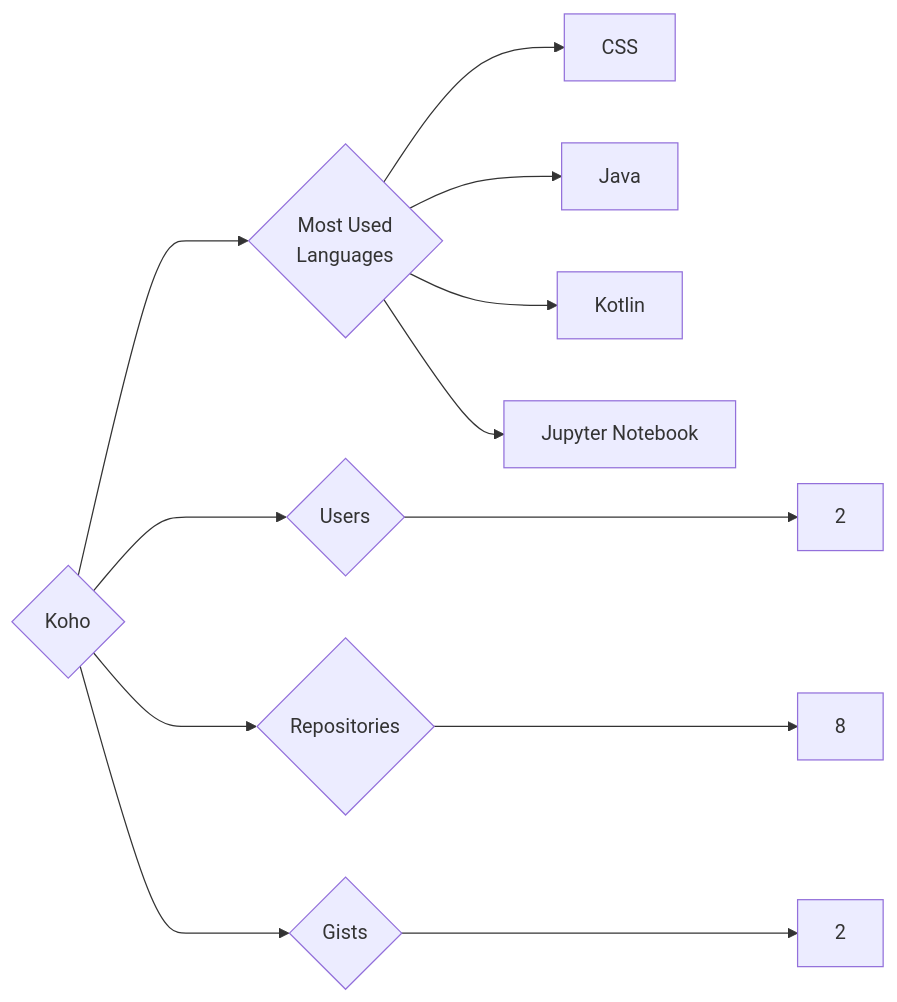
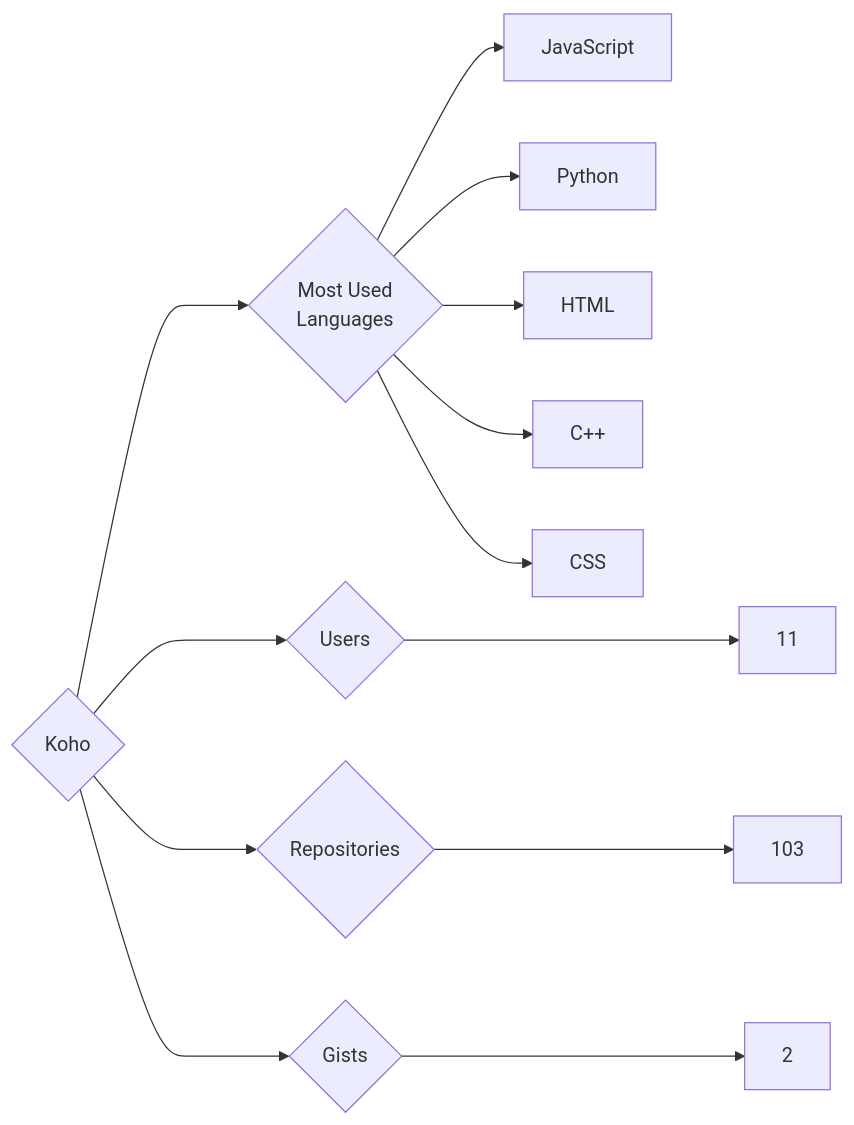
The diagram in targets/Koho/README.md (trickest/insiders), drawn with Mermaid before and after one commit. The commit also changed 965 other files, not shown here.

````diff
--- a/targets/Koho/README.md
+++ b/targets/Koho/README.md
@@ -3,12 +3,13 @@
 ```mermaid
 graph LR
 COMPANY_NAME{Koho}
-COMPANY_NAME ---> U{Users} ---> UN[2]
-COMPANY_NAME ---> R{Repositories} ---> RN[8]
+COMPANY_NAME ---> U{Users} ---> UN[11]
+COMPANY_NAME ---> R{Repositories} ---> RN[103]
 COMPANY_NAME ---> G{Gists} ---> GN[2]
 COMPANY_NAME ---> ML{Most Used<br>Languages}
+ML --> JavaScript[JavaScript]
+ML --> Python[Python]
+ML --> HTML[HTML]
+ML --> C++[C++]
 ML --> CSS[CSS]
-ML --> Java[Java]
-ML --> Kotlin[Kotlin]
-ML --> Jupyter_Notebook[Jupyter Notebook]
 ```
````
